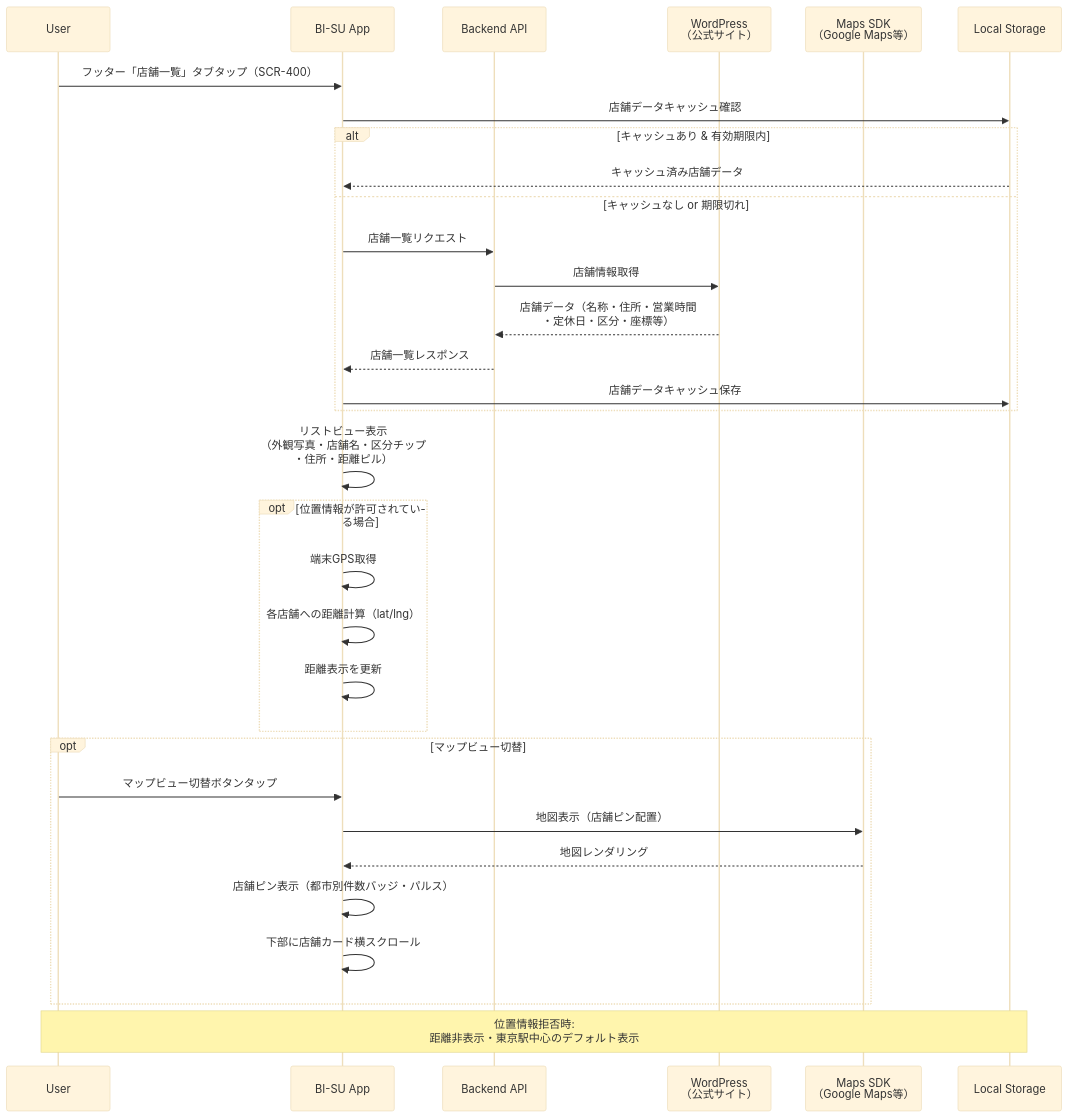
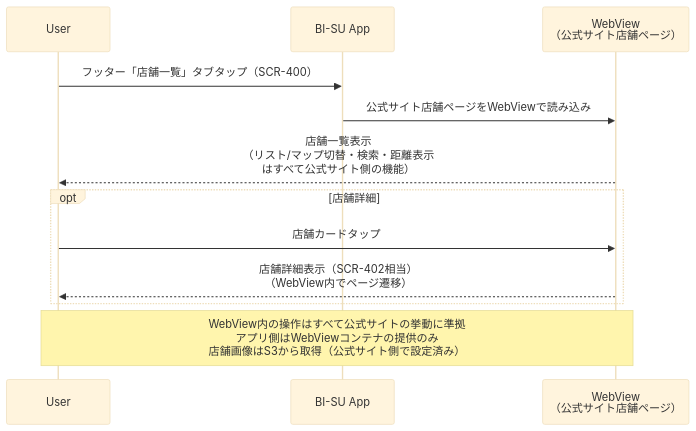
Before and after one commit to YukaHasebe/bi-su-app: the eighth of 24 diagrams in docs/05_シーケンス図.md, drawn with Mermaid (base theme). The commit also changed other lines of this file and 7 other files, not shown here.

First line of the commit message:
docs: アーキテクチャ反映 — 認証=楽楽/データ=Snowflake/店舗=WebView/画像ソース/バーコード=顧客ID

````diff
--- a/docs/05_シーケンス図.md
+++ b/docs/05_シーケンス図.md
@@ -219,40 +219,17 @@
 ```mermaid
 sequenceDiagram
     participant U as User
     participant App as BI-SU App
-    participant API as Backend API
-    participant WP as WordPress<br/>（公式サイト）
-    participant Maps as Maps SDK<br/>（Google Maps等）
-    participant LS as Local Storage
+    participant WV as WebView<br/>（公式サイト店舗ページ）
 
     U->>App: フッター「店舗一覧」タブタップ（SCR-400）
+    App->>WV: 公式サイト店舗ページをWebViewで読み込み
+    WV-->>U: 店舗一覧表示<br/>（リスト/マップ切替・検索・距離表示<br/>はすべて公式サイト側の機能）
 
-    App->>LS: 店舗データキャッシュ確認
-    alt キャッシュあり & 有効期限内
-        LS-->>App: キャッシュ済み店舗データ
-    else キャッシュなし or 期限切れ
-        App->>API: 店舗一覧リクエスト
-        API->>WP: 店舗情報取得
-        WP-->>API: 店舗データ（名称・住所・営業時間<br/>・定休日・区分・座標等）
-        API-->>App: 店舗一覧レスポンス
-        App->>LS: 店舗データキャッシュ保存
+    opt 店舗詳細
+        U->>WV: 店舗カードタップ
+        WV-->>U: 店舗詳細表示（SCR-402相当）<br/>（WebView内でページ遷移）
     end
 
-    App->>App: リストビュー表示<br/>（外観写真・店舗名・区分チップ<br/>・住所・距離ピル）
-
-    opt 位置情報が許可されている場合
-        App->>App: 端末GPS取得
-        App->>App: 各店舗への距離計算（lat/lng）
-        App->>App: 距離表示を更新
-    end
-
-    opt マップビュー切替
-        U->>App: マップビュー切替ボタンタップ
-        App->>Maps: 地図表示（店舗ピン配置）
-        Maps-->>App: 地図レンダリング
-        App->>App: 店舗ピン表示（都市別件数バッジ・パルス）
-        App->>App: 下部に店舗カード横スクロール
-    end
-
-    Note over U,LS: 位置情報拒否時:<br/>距離非表示・東京駅中心のデフォルト表示
+    Note over U,WV: WebView内の操作はすべて公式サイトの挙動に準拠<br/>アプリ側はWebViewコンテナの提供のみ<br/>店舗画像はS3から取得（公式サイト側で設定済み）
 ```
````
